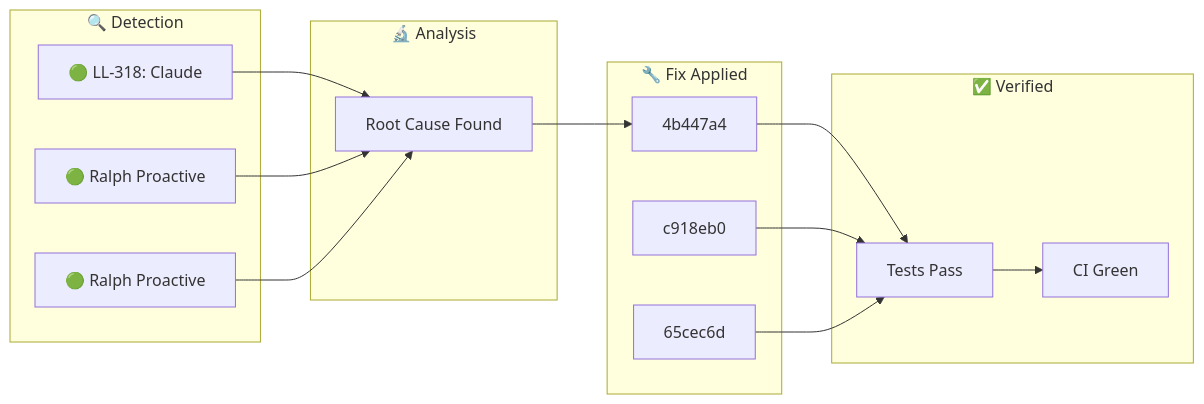
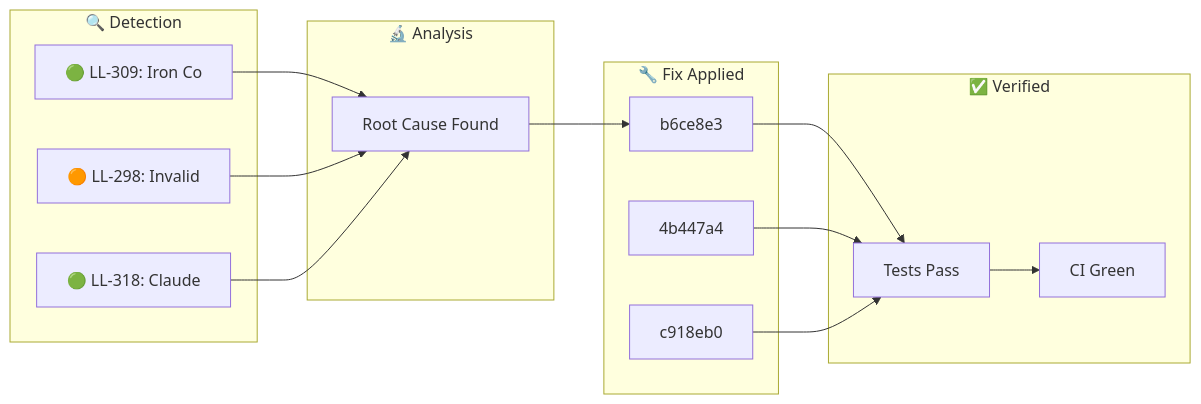
One commit to YoByron/trading changed the diagram in docs/_posts/2026-01-31-ralph-discovery.md. Above: the diagram before and after it, drawn with Mermaid. The commit also changed other lines of this file, not shown here.

Commit message:
docs(ralph): Auto-publish discovery blog post

````diff
--- a/docs/_posts/2026-01-31-ralph-discovery.md
+++ b/docs/_posts/2026-01-31-ralph-discovery.md
@@ -17,28 +17,28 @@
 ```mermaid
 flowchart LR
     subgraph Detection["🔍 Detection"]
-        D1["🟢 LL-318: Claude "]
-        D2["🟢 Ralph Proactive"]
-        D3["🟢 Ralph Proactive"]
+        D1["🟢 LL-309: Iron Co"]
+        D2["🟠 LL-298: Invalid"]
+        D3["🟢 LL-318: Claude "]
     end
     subgraph Analysis["🔬 Analysis"]
         A1["Root Cause Found"]
     end
     subgraph Fix["🔧 Fix Applied"]
-        F1["4b447a4"]
-        F2["c918eb0"]
-        F3["65cec6d"]
+        F1["b6ce8e3"]
+        F2["4b447a4"]
+        F3["c918eb0"]
     end
     subgraph Verify["✅ Verified"]
         V1["Tests Pass"]
         V2["CI Green"]
     end
     D1 --> A1
     D2 --> A1
     D3 --> A1
     A1 --> F1
     F1 --> V1
     F2 --> V1
     F3 --> V1
     V1 --> V2
 ```
````
